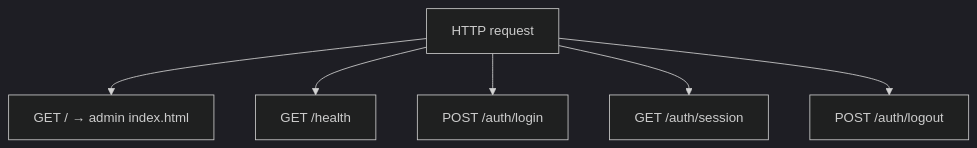
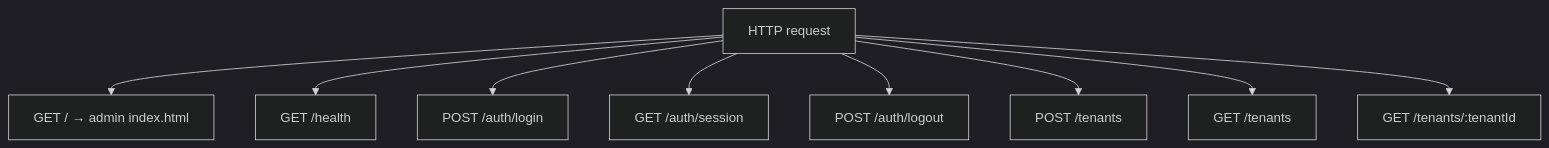
Before and after one commit to progentic/behr: the second of 4 diagrams in docs/ARCHITECTURE.md, drawn with Mermaid (dark theme). The commit also changed other lines of this file and 23 other files, not shown here.

````diff
--- a/docs/ARCHITECTURE.md
+++ b/docs/ARCHITECTURE.md
@@ -70,10 +70,13 @@
 ```mermaid
 flowchart TD
 
     Request[HTTP request]
     Request --> Root[GET / → admin index.html]
     Request --> Health[GET /health]
     Request --> Login[POST /auth/login]
     Request --> Session[GET /auth/session]
     Request --> Logout[POST /auth/logout]
+    Request --> CreateTenant[POST /tenants]
+    Request --> ListTenants[GET /tenants]
+    Request --> TenantAccess[GET /tenants/:tenantId]
 ```
````
